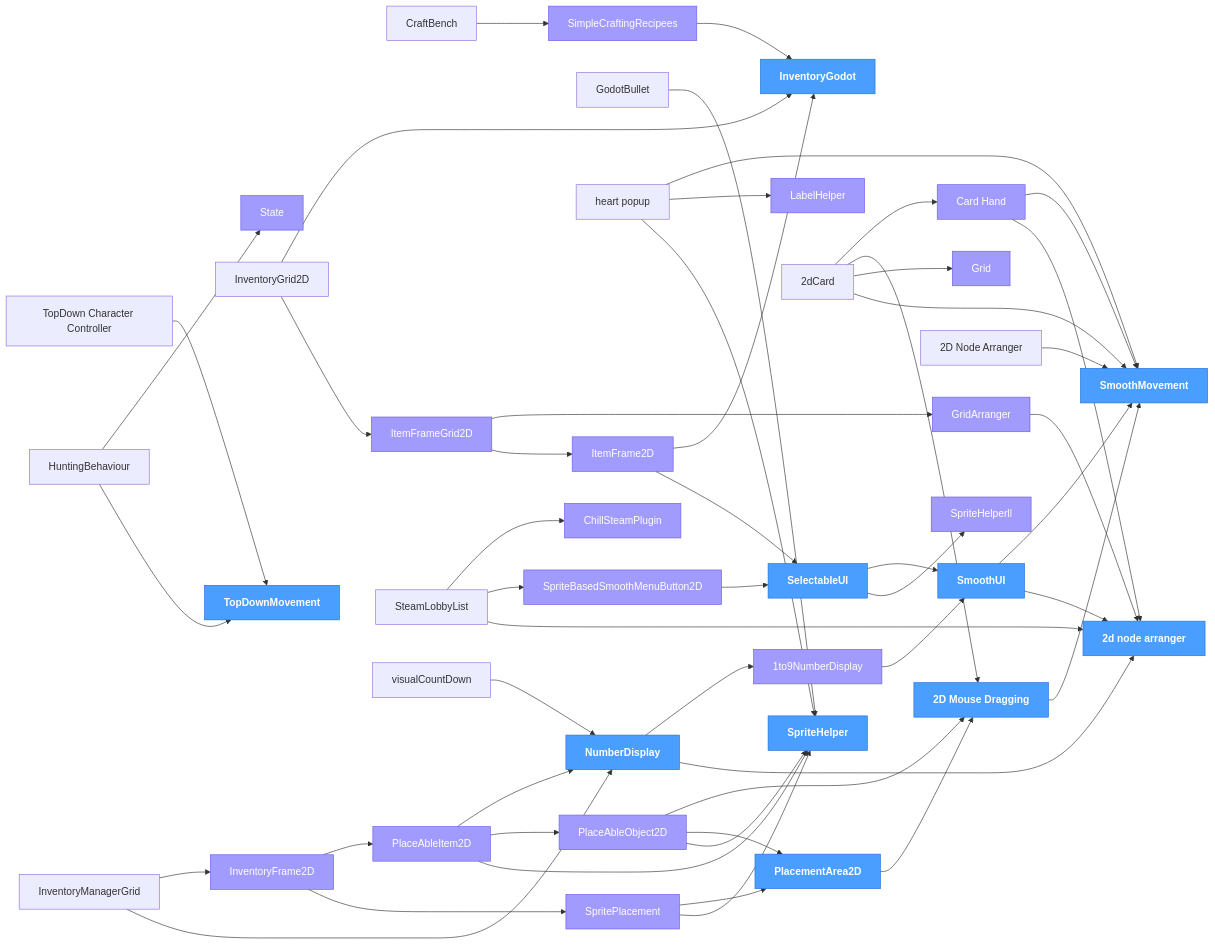
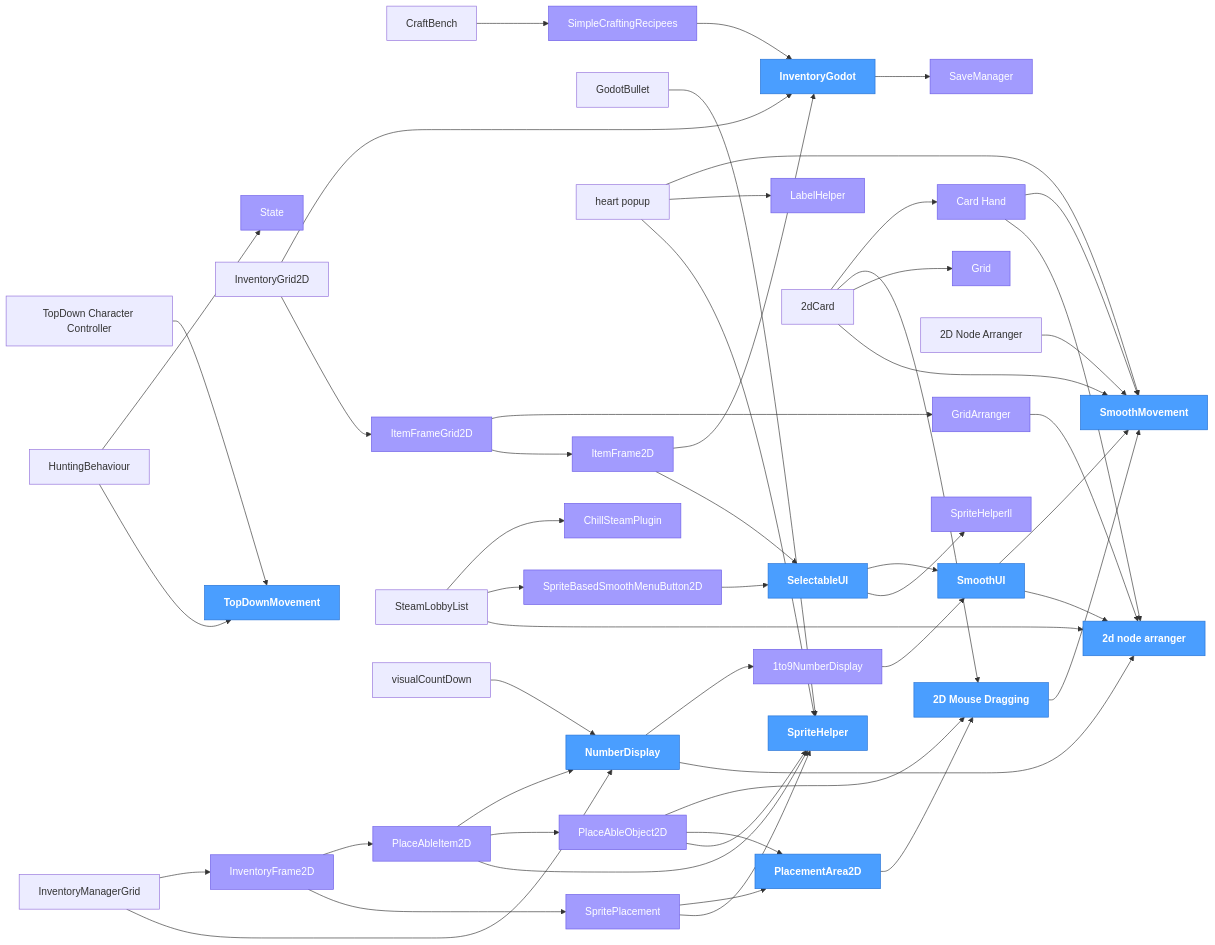
Before and after one commit to ChillCube/.github: the diagram in ADDONS.md, drawn with Mermaid. The commit also changed other lines of this file, not shown here.

Commit message:
registry: update dependency tree

```diff
--- a/ADDONS.md
+++ b/ADDONS.md
@@ -194,6 +195,7 @@
     PlaceAbleItem2D["PlaceAbleItem2D"]
     PlaceAbleObject2D["PlaceAbleObject2D"]
     PlacementArea2D["PlacementArea2D"]
+    SaveManager["SaveManager"]
     SelectableUI["SelectableUI"]
     SimpleCraftingRecipees["SimpleCraftingRecipees"]
     SmoothUI["SmoothUI"]
@@ -220,6 +222,7 @@
     HuntingBehaviour --> TopDownMovement
     InventoryFrame2D --> PlaceAbleItem2D
     InventoryFrame2D --> SpritePlacement
+    InventoryGodot --> SaveManager
     InventoryGrid2D --> InventoryGodot
     InventoryGrid2D --> ItemFrameGrid2D
     InventoryManagerGrid --> InventoryFrame2D
@@ -273,6 +276,7 @@
     class PlaceAbleItem2D shared
     class PlaceAbleObject2D shared
     class PlacementArea2D core
+    class SaveManager shared
     class SelectableUI core
     class SimpleCraftingRecipees shared
     class SmoothUI core
@@ -309,6 +313,7 @@
     click PlaceAbleItem2D href "https://github.com/ChillCube/PlaceAbleItem2D" _blank
     click PlaceAbleObject2D href "https://github.com/ChillCube/PlaceAbleObject2D" _blank
     click PlacementArea2D href "https://github.com/ChillCube/PlacementArea2D" _blank
+    click SaveManager href "https://github.com/ChillCube/SaveManager" _blank
     click SelectableUI href "https://github.com/ChillCube/SelectableUI" _blank
     click SimpleCraftingRecipees href "https://github.com/ChillCube/SimpleCraftingRecipees" _blank
     click SmoothUI href "https://github.com/ChillCube/SmoothUI" _blank
```
